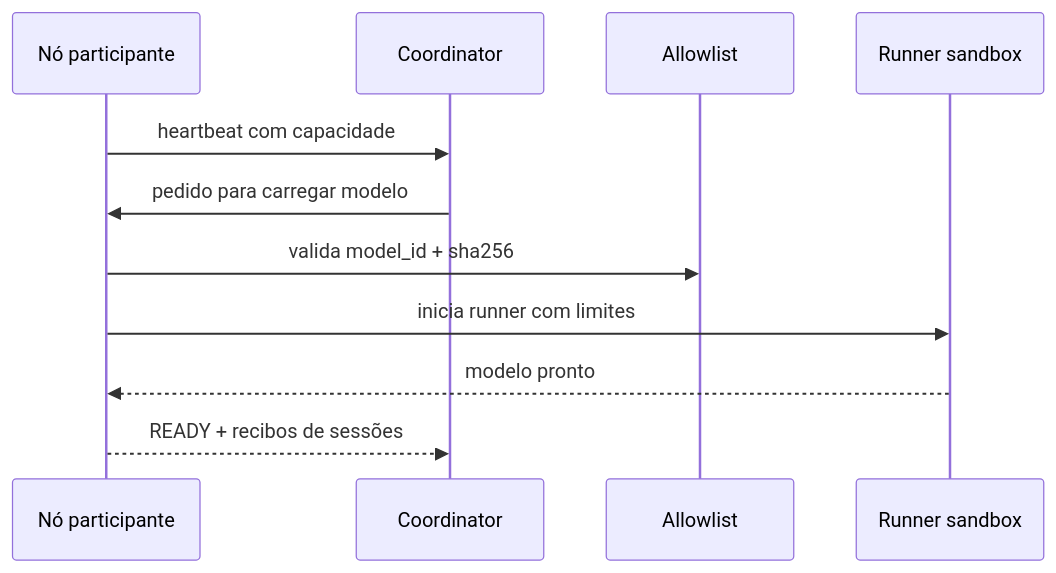
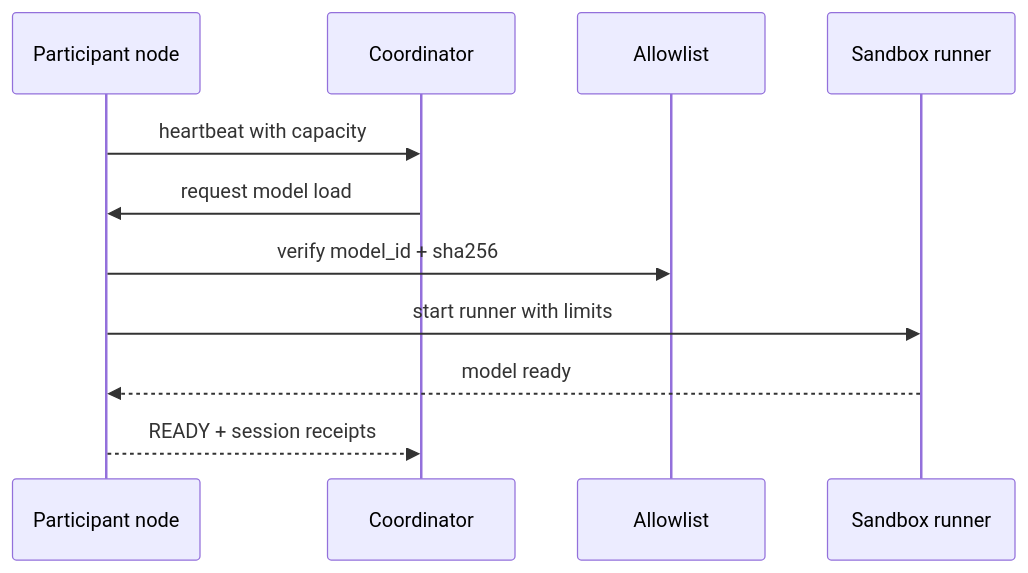
The second of 2 diagrams in README.md (maxwellmelo/prometeu), drawn with Mermaid before and after one commit. The commit also changed other lines of this file, not shown here.

````diff
--- a/README.md
+++ b/README.md
@@ -107,14 +106,14 @@
 ```mermaid
 sequenceDiagram
-    participant N as Nó participante
+    participant N as Participant node
     participant C as Coordinator
     participant A as Allowlist
-    participant R as Runner sandbox
+    participant R as Sandbox runner
 
-    N->>C: heartbeat com capacidade
-    C->>N: pedido para carregar modelo
-    N->>A: valida model_id + sha256
-    N->>R: inicia runner com limites
-    R-->>N: modelo pronto
-    N-->>C: READY + recibos de sessões
+    N->>C: heartbeat with capacity
+    C->>N: request model load
+    N->>A: verify model_id + sha256
+    N->>R: start runner with limits
+    R-->>N: model ready
+    N-->>C: READY + session receipts
 ```
````
